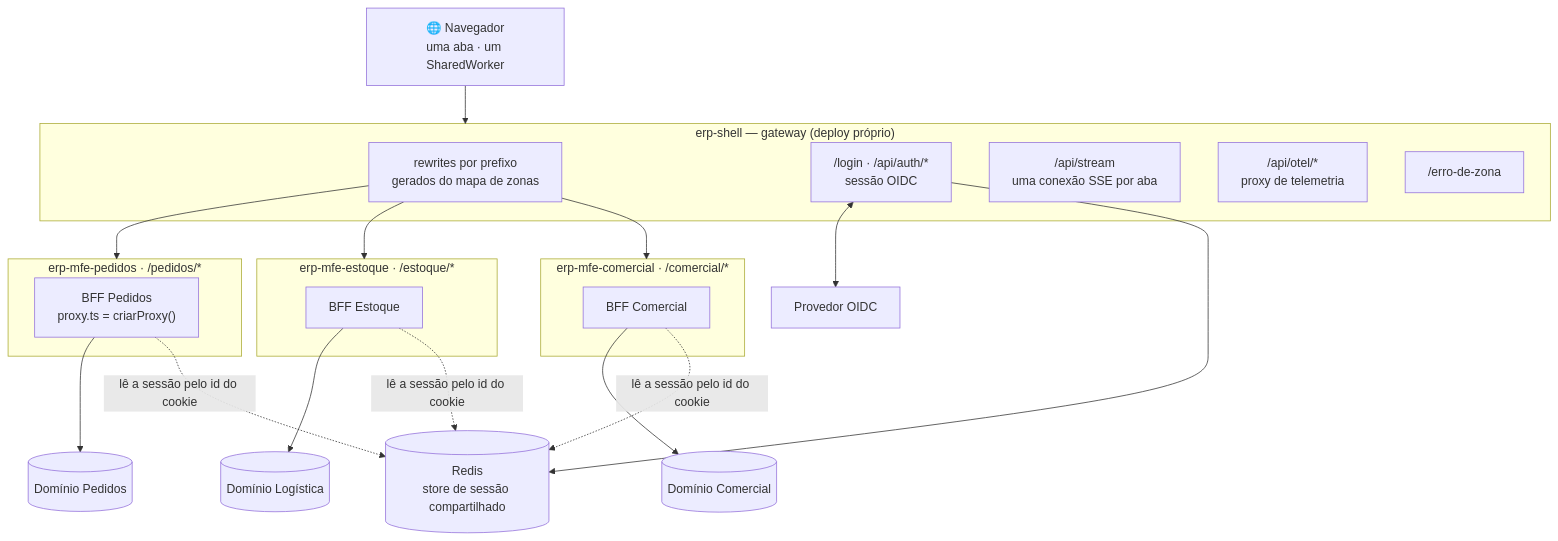
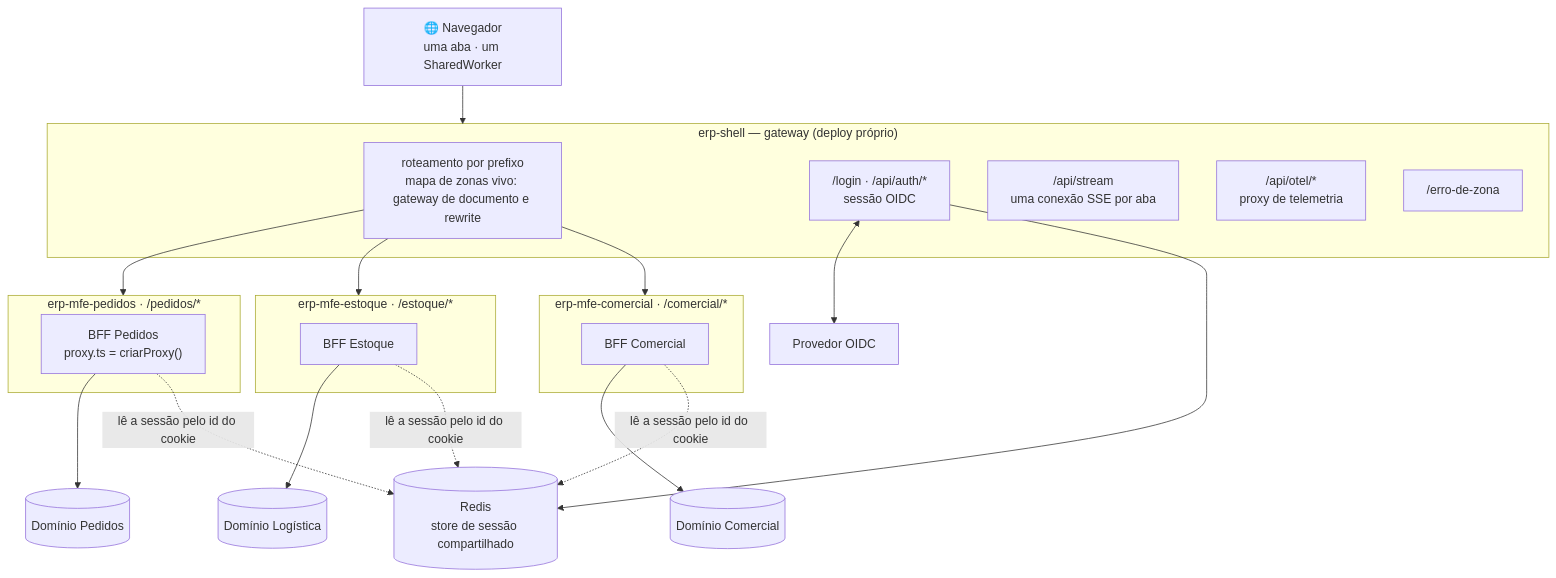
The first of 5 diagrams in docs/arquitetura/alvo.md (ArtroxGabriel/nextjs-mfe), drawn with Mermaid before and after one commit. The commit also changed other lines of this file and 14 other files, not shown here.

Commit message:
docs: C3 rules and documents (N8 reason, AGENTS invariant 4, live zone map in config, operation, zones, architecture, ADR-0015 notes and addendum, ADR-0008/0011/0014, D7 closed, D31 limits)

````diff
--- a/docs/arquitetura/alvo.md
+++ b/docs/arquitetura/alvo.md
@@ -16,37 +16,37 @@
 ```mermaid
 flowchart TB
     B["🌐 Navegador<br/>uma aba · um SharedWorker"]
 
     subgraph SHELL["erp-shell — gateway (deploy próprio)"]
-        GW["rewrites por prefixo<br/>gerados do mapa de zonas"]
+        GW["roteamento por prefixo<br/>mapa de zonas vivo: gateway de documento e rewrite"]
         AUTH["/login · /api/auth/*<br/>sessão OIDC"]
         STREAM["/api/stream<br/>uma conexão SSE por aba"]
         OTEL["/api/otel/*<br/>proxy de telemetria"]
         ERR["/erro-de-zona"]
     end
 
     subgraph ZP["erp-mfe-pedidos · /pedidos/*"]
         BP["BFF Pedidos<br/>proxy.ts = criarProxy()"]
     end
     subgraph ZE["erp-mfe-estoque · /estoque/*"]
         BE["BFF Estoque"]
     end
     subgraph ZC["erp-mfe-comercial · /comercial/*"]
         BC["BFF Comercial"]
     end
 
     DP[("Domínio Pedidos")]
     DL[("Domínio Logística")]
     DC[("Domínio Comercial")]
     R[("Redis<br/>store de sessão compartilhado")]
     IDP["Provedor OIDC"]
 
     B --> SHELL
     GW --> ZP & ZE & ZC
     BP --> DP
     BE --> DL
     BC --> DC
     AUTH <--> IDP
     AUTH --> R
     BP & BE & BC -. "lê a sessão pelo id do cookie" .-> R
 ```
````
